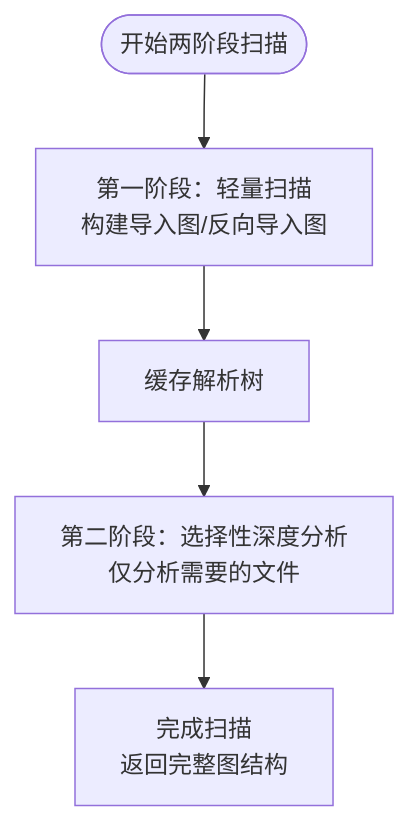
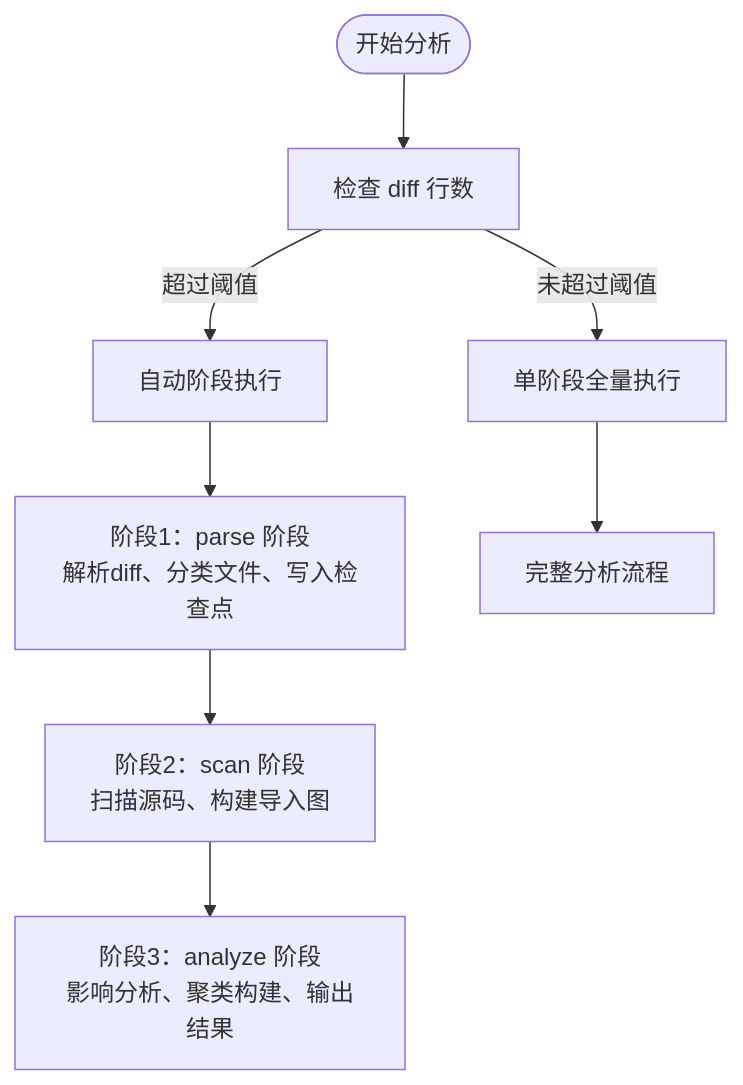
Before and after one commit to brand-new-remo/frontend-impact-analyzer: the third of 8 diagrams in .qoder/repowiki/zh/content/高级用法/性能优化.md, drawn with Mermaid. The commit also changed other lines of this file and 8 other files, not shown here.

````diff
--- a/.qoder/repowiki/zh/content/高级用法/性能优化.md
+++ b/.qoder/repowiki/zh/content/高级用法/性能优化.md
@@ -169,7 +178,10 @@
 ```mermaid
 flowchart TD
-Start(["开始两阶段扫描"]) --> Phase1["第一阶段：轻量扫描<br/>构建导入图/反向导入图"]
-Phase1 --> Cache["缓存解析树"]
-Cache --> Phase2["第二阶段：选择性深度分析<br/>仅分析需要的文件"]
-Phase2 --> Complete["完成扫描<br/>返回完整图结构"]
+Start(["开始分析"]) --> CheckThreshold["检查 diff 行数"]
+CheckThreshold --> |超过阈值| AutoPhase["自动阶段执行"]
+CheckThreshold --> |未超过阈值| SinglePhase["单阶段全量执行"]
+AutoPhase --> ParsePhase["阶段1：parse 阶段<br/>解析diff、分类文件、写入检查点"]
+ParsePhase --> ScanPhase["阶段2：scan 阶段<br/>扫描源码、构建导入图"]
+ScanPhase --> AnalyzePhase["阶段3：analyze 阶段<br/>影响分析、聚类构建、输出结果"]
+SinglePhase --> FullAnalysis["完整分析流程"]
 ```
````
